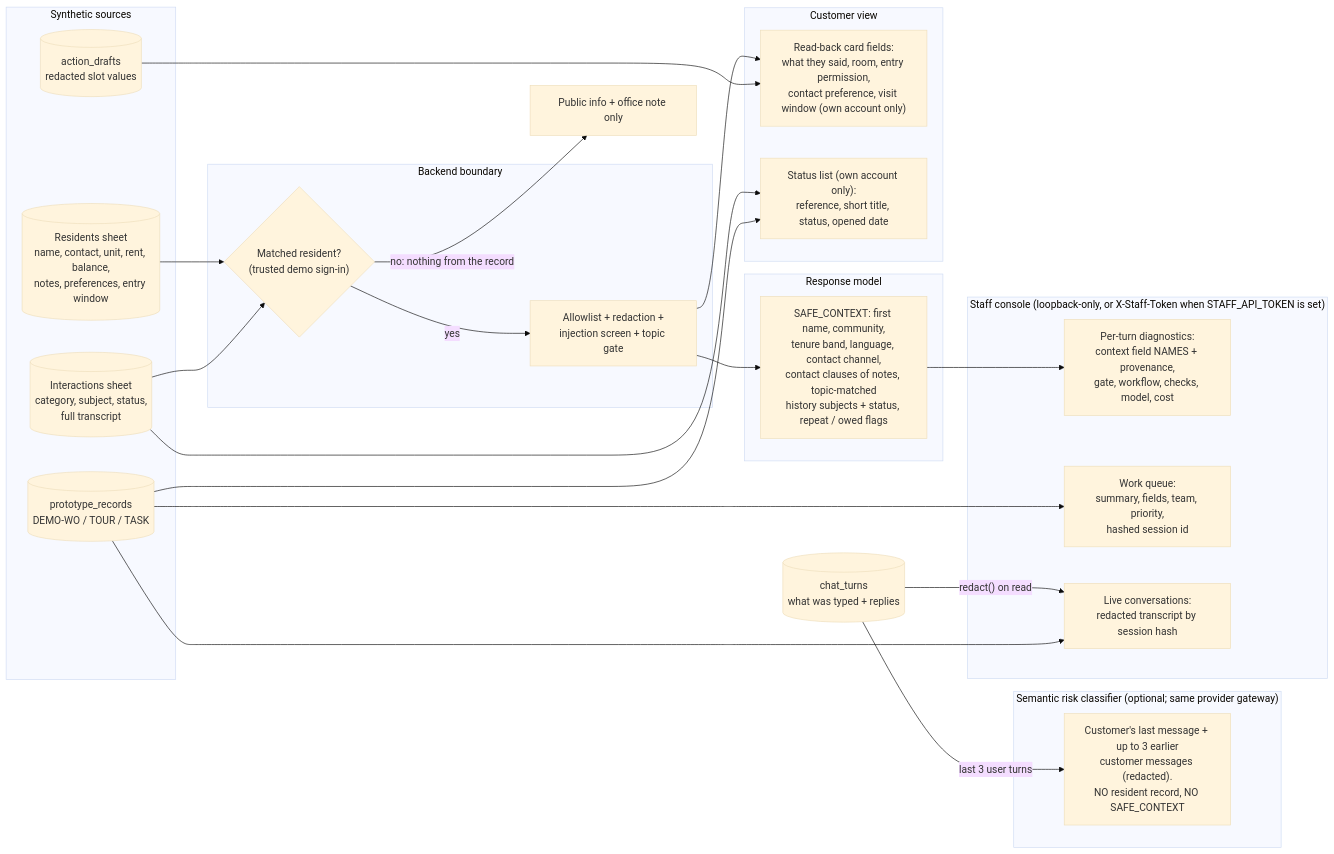
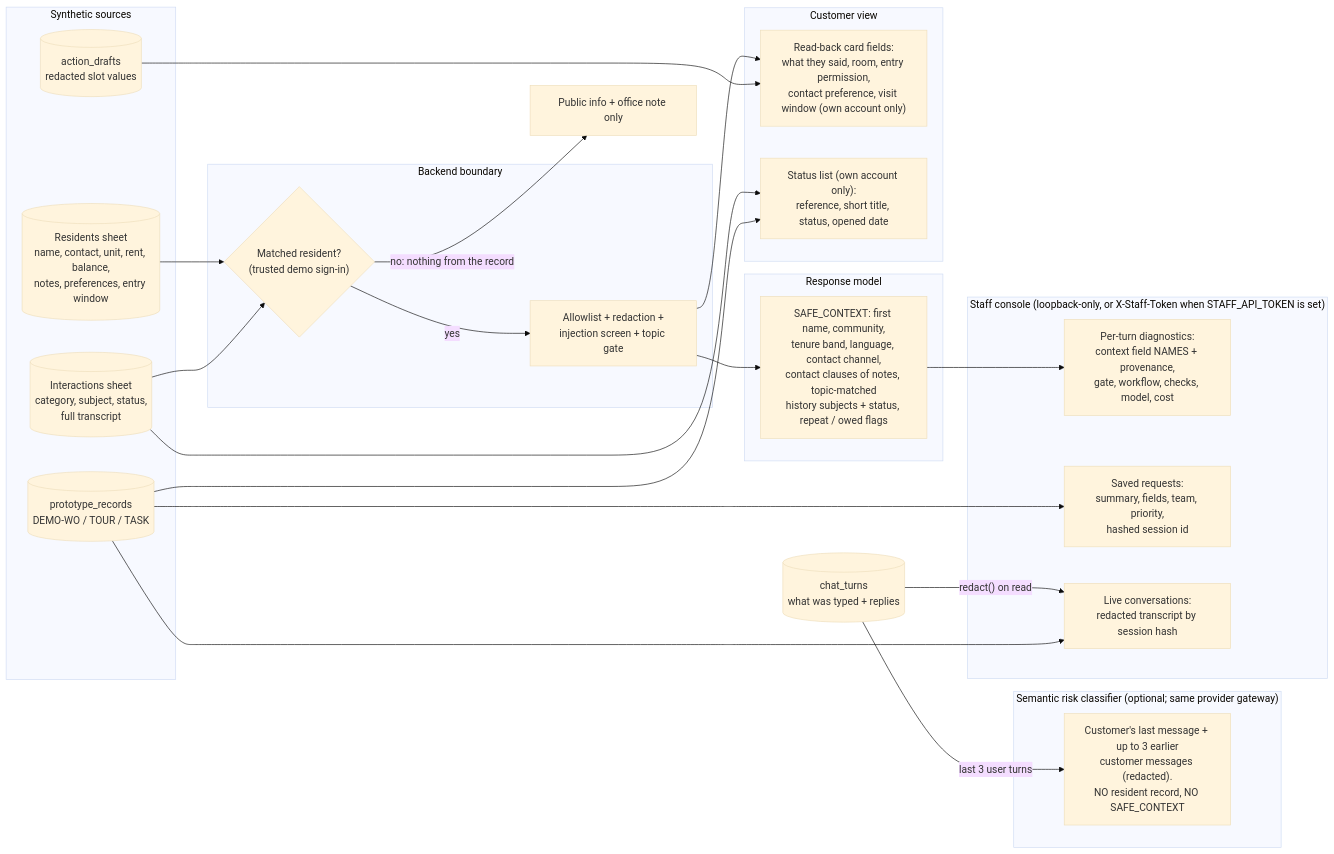
The diagram in docs/diagrams/data-access.md (Ross-Business-Tech/McKinley-Project-1), drawn with Mermaid (base theme) before and after one commit. The commit also changed 60 other files, not shown here.

````diff
--- a/docs/diagrams/data-access.md
+++ b/docs/diagrams/data-access.md
@@ -5,49 +5,49 @@
 ```mermaid
 flowchart LR
   subgraph Source["Synthetic sources"]
     R[("Residents sheet<br/>name, contact, unit, rent, balance,<br/>notes, preferences, entry window")]
     I[("Interactions sheet<br/>category, subject, status,<br/>full transcript")]
     P[("prototype_records<br/>DEMO-WO / TOUR / TASK")]
     D[("action_drafts<br/>redacted slot values")]
   end
 
   subgraph Gate["Backend boundary"]
     ID{"Matched resident?<br/>(trusted demo sign-in)"}
     AL["Allowlist + redaction +<br/>injection screen + topic gate"]
   end
 
   subgraph Risk["Semantic risk classifier (optional; same provider gateway)"]
     RC["Customer's last message + up to 3 earlier<br/>customer messages (redacted).<br/>NO resident record, NO SAFE_CONTEXT"]
   end
 
   subgraph Model["Response model"]
     SC["SAFE_CONTEXT: first name, community,<br/>tenure band, language, contact channel,<br/>contact clauses of notes, topic-matched<br/>history subjects + status, repeat / owed flags"]
   end
 
   subgraph Customer["Customer view"]
     CARD["Read-back card fields:<br/>what they said, room, entry permission,<br/>contact preference, visit window (own account only)"]
     STAT["Status list (own account only):<br/>reference, short title, status, opened date"]
   end
 
   subgraph Staff["Staff console (loopback-only, or X-Staff-Token when STAFF_API_TOKEN is set)"]
     DIAG["Per-turn diagnostics:<br/>context field NAMES + provenance,<br/>gate, workflow, checks, model, cost"]
-    RECS["Work queue:<br/>summary, fields, team, priority,<br/>hashed session id"]
+    RECS["Saved requests:<br/>summary, fields, team, priority,<br/>hashed session id"]
     LIVE["Live conversations:<br/>redacted transcript by session hash"]
   end
   T[("chat_turns<br/>what was typed + replies")]
 
   R --> ID
   I --> ID
   ID -- "yes" --> AL
   ID -- "no: nothing from the record" --> X["Public info + office note only"]
   AL --> SC
   AL --> CARD
   I --> STAT
   P --> STAT
   P --> RECS
   D --> CARD
   SC --> DIAG
   T -- "redact() on read" --> LIVE
   T -- "last 3 user turns" --> RC
   P --> LIVE
 ```
````
